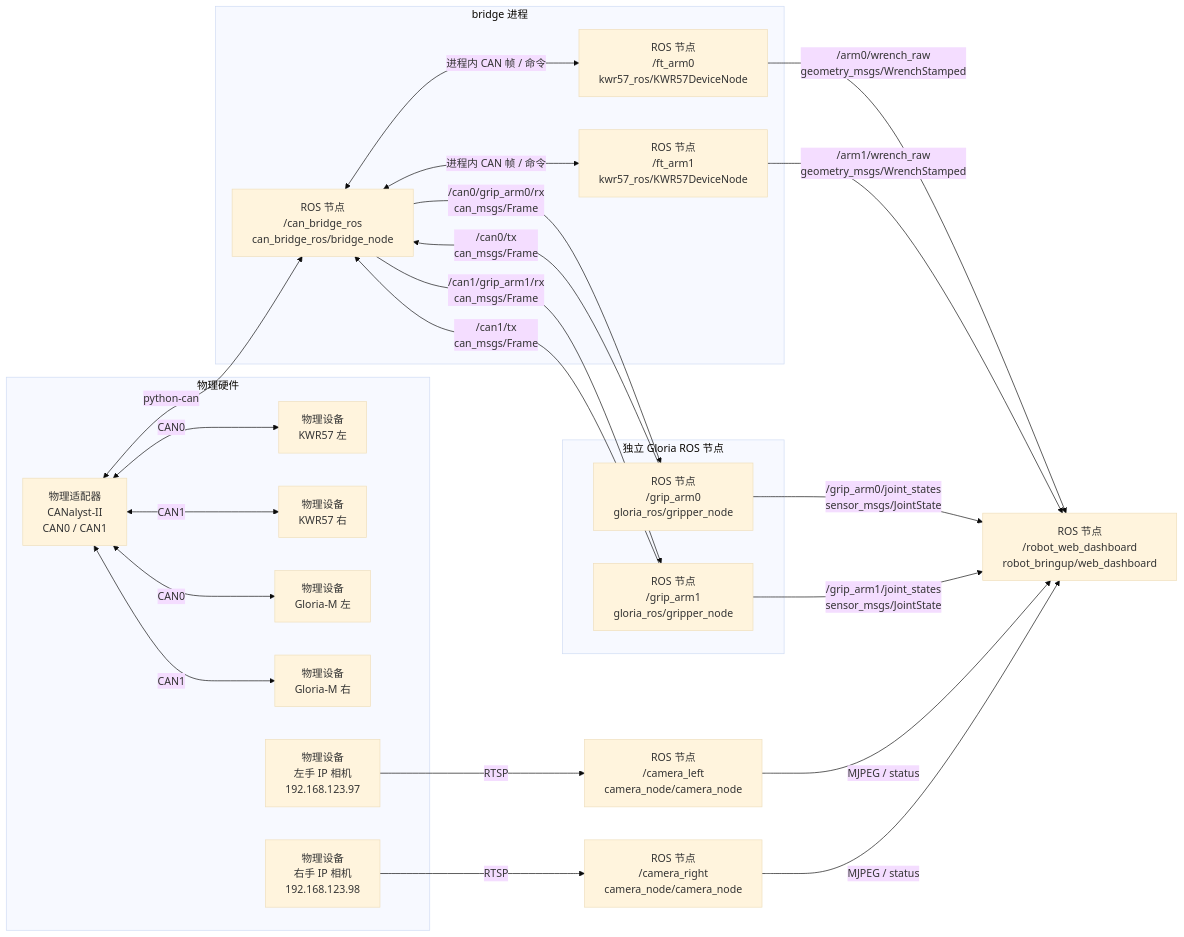
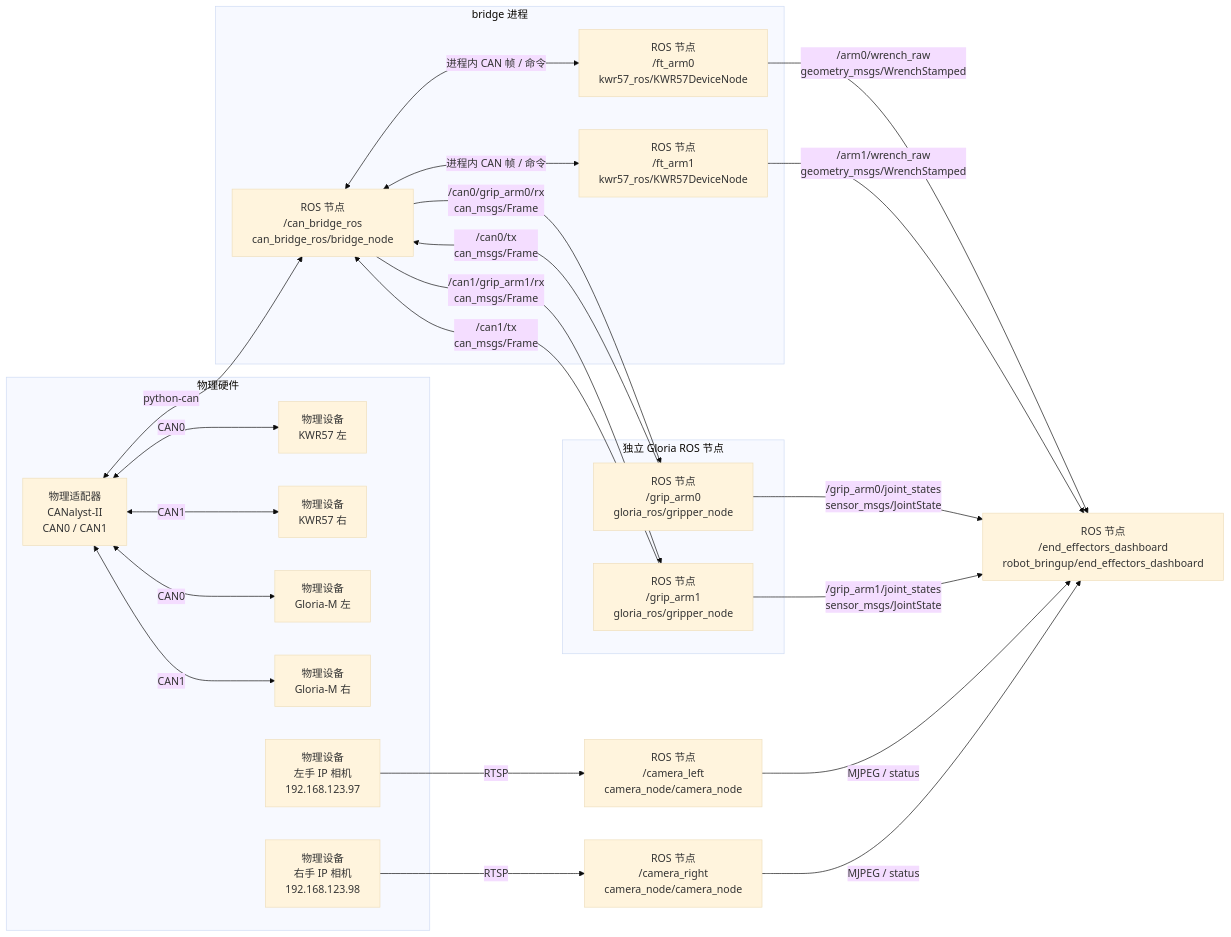
One commit to yizhongzhang1989/Unitree_G1_Workspace changed the diagram in src/robot_bringup/README.md. Above: the diagram before and after it, drawn with Mermaid (base theme). The commit also changed other lines of this file and 60 other files, not shown here.

````diff
--- a/src/robot_bringup/README.md
+++ b/src/robot_bringup/README.md
@@ -9,48 +18,48 @@
 ```mermaid
 flowchart LR
   subgraph HW["物理硬件"]
     CAN["物理适配器<br/>CANalyst-II<br/>CAN0 / CAN1"]
     KF1["物理设备<br/>KWR57 左"]
     KF2["物理设备<br/>KWR57 右"]
     GM1["物理设备<br/>Gloria-M 左"]
     GM2["物理设备<br/>Gloria-M 右"]
     CL["物理设备<br/>左手 IP 相机<br/>192.168.123.97"]
     CR["物理设备<br/>右手 IP 相机<br/>192.168.123.98"]
     CAN <-->|"CAN0"| KF1
     CAN <-->|"CAN1"| KF2
     CAN <-->|"CAN0"| GM1
     CAN <-->|"CAN1"| GM2
   end
 
   subgraph BP["bridge 进程"]
     B["ROS 节点<br/>/can_bridge_ros<br/>can_bridge_ros/bridge_node"]
     K1["ROS 节点<br/>/ft_arm0<br/>kwr57_ros/KWR57DeviceNode"]
     K2["ROS 节点<br/>/ft_arm1<br/>kwr57_ros/KWR57DeviceNode"]
     B <-->|"进程内 CAN 帧 / 命令"| K1
     B <-->|"进程内 CAN 帧 / 命令"| K2
   end
 
   subgraph GP["独立 Gloria ROS 节点"]
     G1["ROS 节点<br/>/grip_arm0<br/>gloria_ros/gripper_node"]
     G2["ROS 节点<br/>/grip_arm1<br/>gloria_ros/gripper_node"]
   end
 
   CAN <-->|"python-can"| B
   B -->|"/can0/grip_arm0/rx<br/>can_msgs/Frame"| G1
   B -->|"/can1/grip_arm1/rx<br/>can_msgs/Frame"| G2
   G1 -->|"/can0/tx<br/>can_msgs/Frame"| B
   G2 -->|"/can1/tx<br/>can_msgs/Frame"| B
 
-  WEB["ROS 节点<br/>/robot_web_dashboard<br/>robot_bringup/web_dashboard"]
+  WEB["ROS 节点<br/>/end_effectors_dashboard<br/>robot_bringup/end_effectors_dashboard"]
   K1 -->|"/arm0/wrench_raw<br/>geometry_msgs/WrenchStamped"| WEB
   K2 -->|"/arm1/wrench_raw<br/>geometry_msgs/WrenchStamped"| WEB
   G1 -->|"/grip_arm0/joint_states<br/>sensor_msgs/JointState"| WEB
   G2 -->|"/grip_arm1/joint_states<br/>sensor_msgs/JointState"| WEB
 
   CN1["ROS 节点<br/>/camera_left<br/>camera_node/camera_node"]
   CN2["ROS 节点<br/>/camera_right<br/>camera_node/camera_node"]
   CL -->|"RTSP"| CN1
   CR -->|"RTSP"| CN2
   CN1 -->|"MJPEG / status"| WEB
   CN2 -->|"MJPEG / status"| WEB
 ```
````
